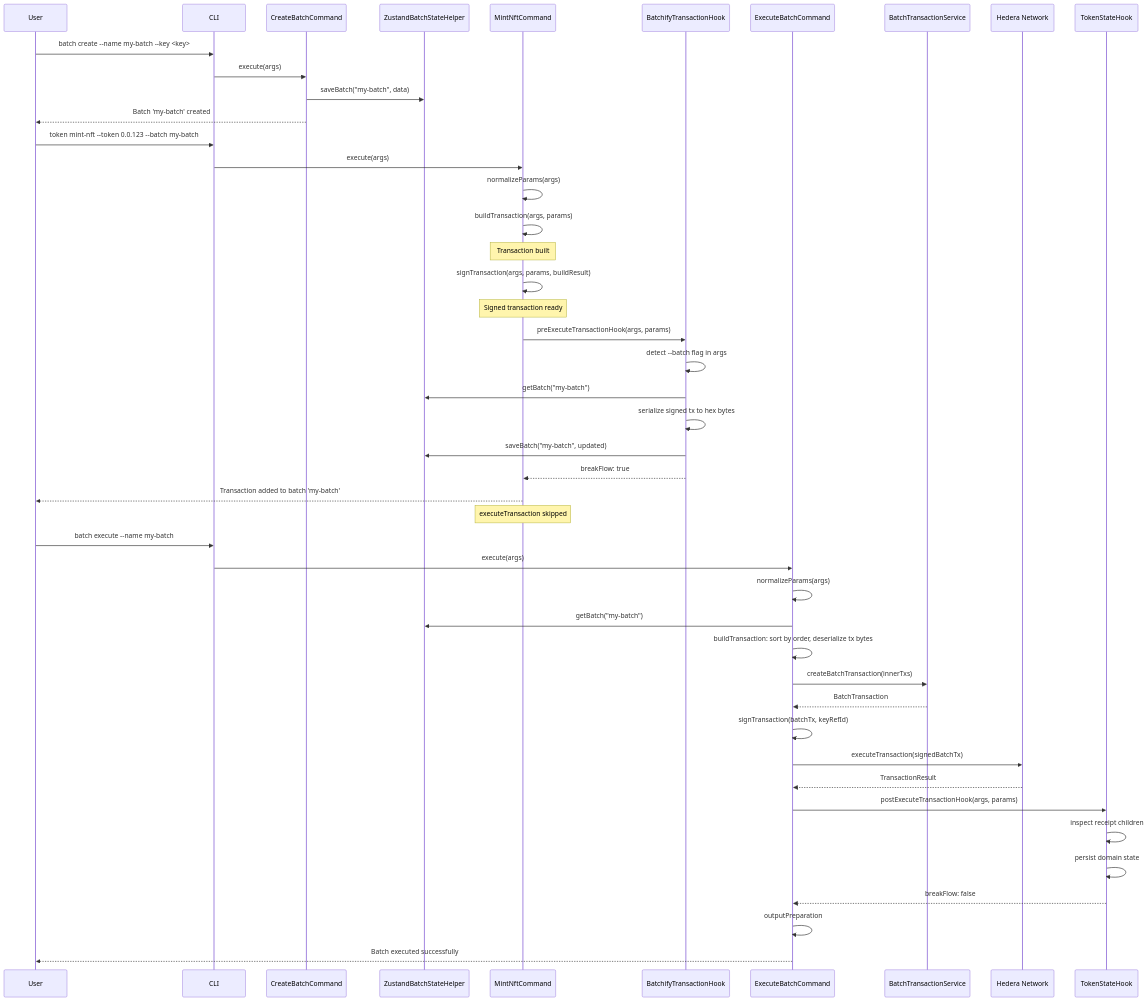
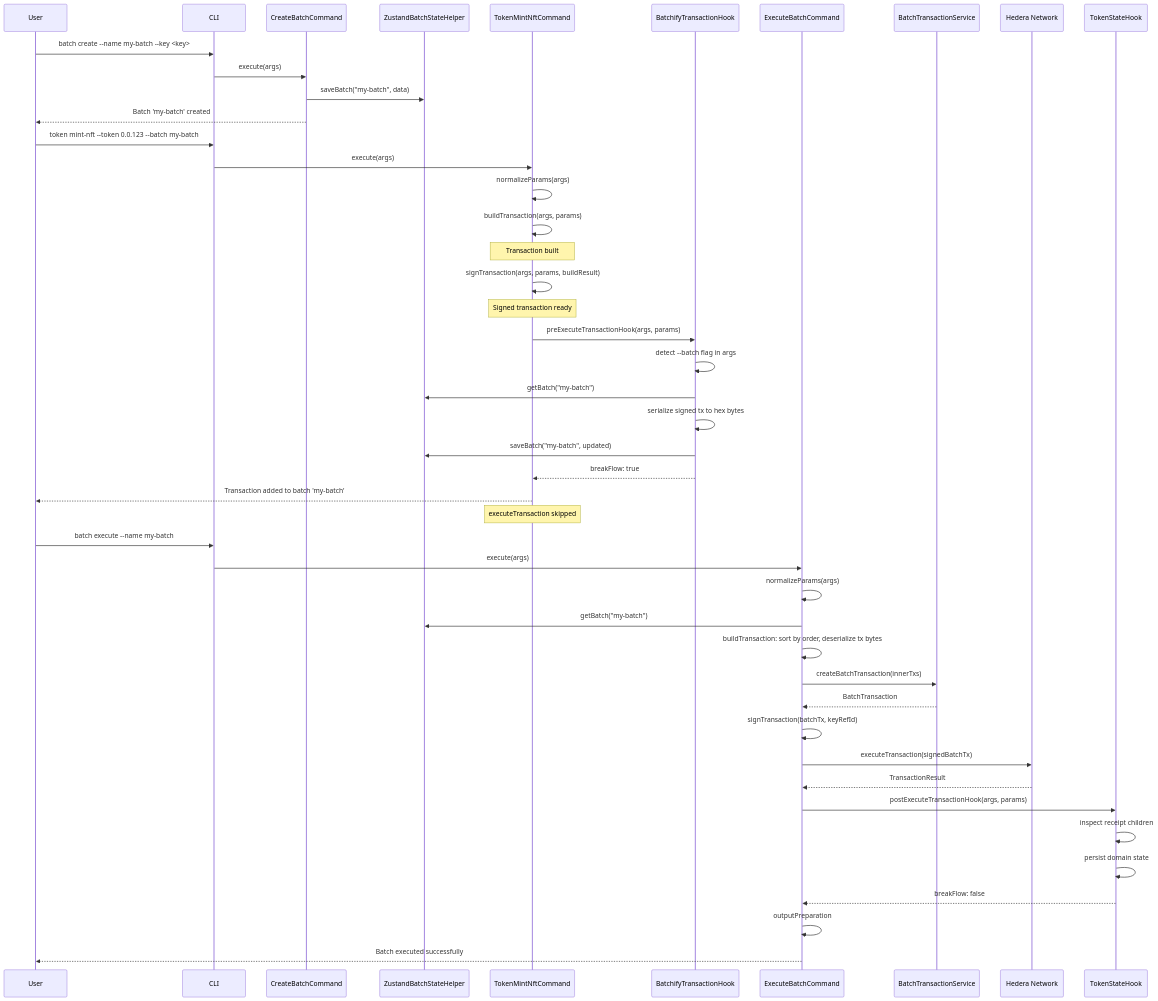
The first of 2 diagrams in docs/adr/ADR-010-batch-transaction-plugin.md (hiero-ledger/hiero-cli), drawn with Mermaid before and after one commit. The commit also changed other lines of this file and 268 other files, not shown here.

Commit message:
refactor: align handler names, classes, input/output schemas, docs, and tests with naming convention

````diff
--- a/docs/adr/ADR-010-batch-transaction-plugin.md
+++ b/docs/adr/ADR-010-batch-transaction-plugin.md
@@ -441,55 +441,55 @@
 ```mermaid
 sequenceDiagram
     participant User
     participant CLI
     participant CreateBatchCmd as CreateBatchCommand
     participant BatchState as ZustandBatchStateHelper
-    participant TokenCmd as MintNftCommand
+    participant TokenCmd as TokenMintNftCommand
     participant AddHook as BatchifyTransactionHook
     participant ExecuteCmd as ExecuteBatchCommand
     participant BatchSvc as BatchTransactionService
     participant Network as Hedera Network
     participant DomainHook as TokenStateHook
 
     User->>CLI: batch create --name my-batch --key <key>
     CLI->>CreateBatchCmd: execute(args)
     CreateBatchCmd->>BatchState: saveBatch("my-batch", data)
     CreateBatchCmd-->>User: Batch 'my-batch' created
 
     User->>CLI: token mint-nft --token 0.0.123 --batch my-batch
     CLI->>TokenCmd: execute(args)
     TokenCmd->>TokenCmd: normalizeParams(args)
     TokenCmd->>TokenCmd: buildTransaction(args, params)
     Note over TokenCmd: Transaction built
     TokenCmd->>TokenCmd: signTransaction(args, params, buildResult)
     Note over TokenCmd: Signed transaction ready
 
     TokenCmd->>AddHook: preExecuteTransactionHook(args, params)
     AddHook->>AddHook: detect --batch flag in args
     AddHook->>BatchState: getBatch("my-batch")
     AddHook->>AddHook: serialize signed tx to hex bytes
     AddHook->>BatchState: saveBatch("my-batch", updated)
     AddHook-->>TokenCmd: breakFlow: true
     TokenCmd-->>User: Transaction added to batch 'my-batch'
     Note over TokenCmd: executeTransaction skipped
 
     User->>CLI: batch execute --name my-batch
     CLI->>ExecuteCmd: execute(args)
     ExecuteCmd->>ExecuteCmd: normalizeParams(args)
     ExecuteCmd->>BatchState: getBatch("my-batch")
     ExecuteCmd->>ExecuteCmd: buildTransaction: sort by order, deserialize tx bytes
     ExecuteCmd->>BatchSvc: createBatchTransaction(innerTxs)
     BatchSvc-->>ExecuteCmd: BatchTransaction
     ExecuteCmd->>ExecuteCmd: signTransaction(batchTx, keyRefId)
 
     ExecuteCmd->>Network: executeTransaction(signedBatchTx)
     Network-->>ExecuteCmd: TransactionResult
 
     ExecuteCmd->>DomainHook: postExecuteTransactionHook(args, params)
     DomainHook->>DomainHook: inspect receipt children
     DomainHook->>DomainHook: persist domain state
     DomainHook-->>ExecuteCmd: breakFlow: false
 
     ExecuteCmd->>ExecuteCmd: outputPreparation
     ExecuteCmd-->>User: Batch executed successfully
 ```
````
